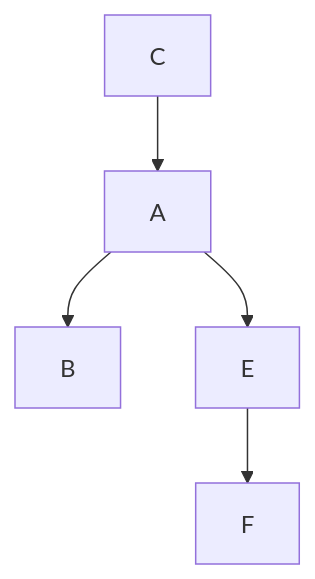
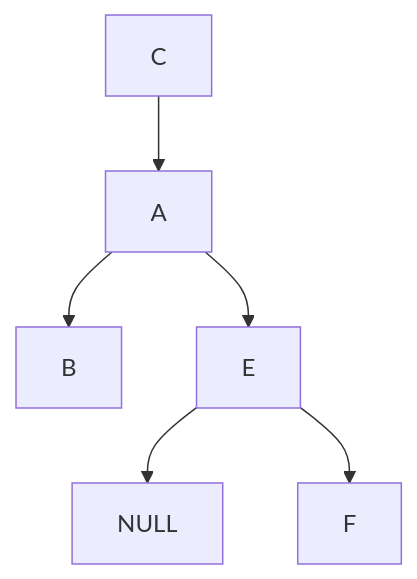
Before and after one commit to ychost/ychost.github.io: the third of 4 diagrams in _posts/2018/2018-03-01-interview-qa.md, drawn with Mermaid. The commit also changed other lines of this file and 4 other files, not shown here.

```diff
--- a/_posts/2018/2018-03-01-interview-qa.md
+++ b/_posts/2018/2018-03-01-interview-qa.md
@@ -137,7 +155,8 @@
        {% mermaid %}
         graph TD
             C --> A
             A --> B
             A --> E
+            E --> NULL
             E --> F
        {% endmermaid %}
```
